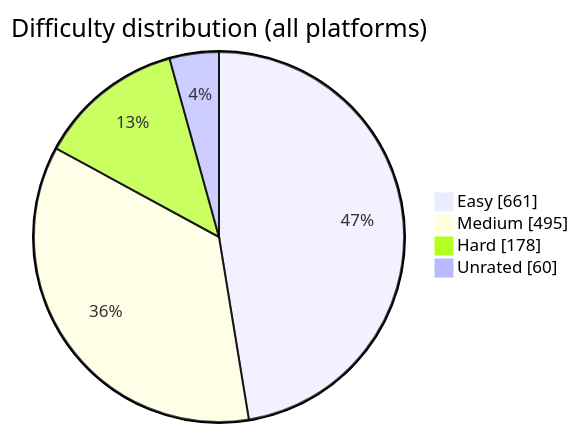
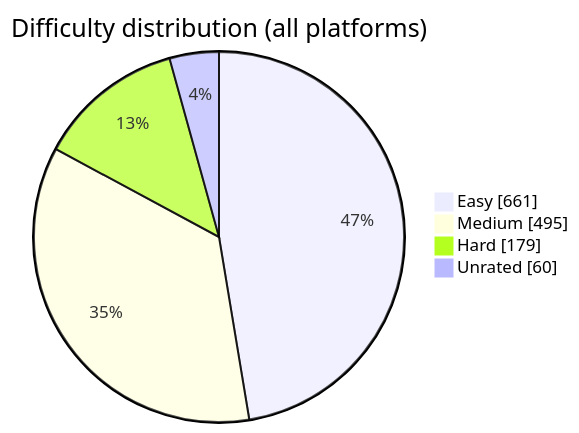
The diagram in README.md (BuildbyArindam/Daily-Coding-Log), drawn with Mermaid before and after one commit. The commit also changed other lines of this file, not shown here.

````diff
--- a/README.md
+++ b/README.md
@@ -93,7 +93,7 @@
 ```mermaid
 pie showData title Difficulty distribution (all platforms)
     "Easy" : 661
     "Medium" : 495
-    "Hard" : 178
+    "Hard" : 179
     "Unrated" : 60
 ```
````
